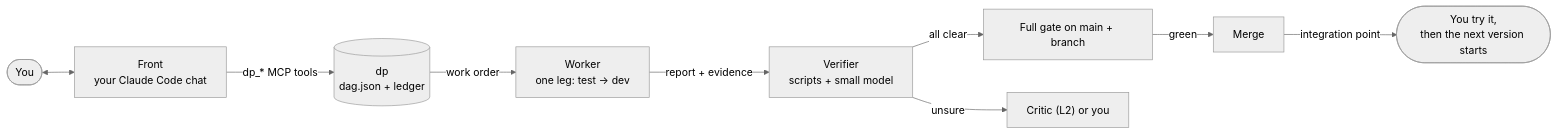
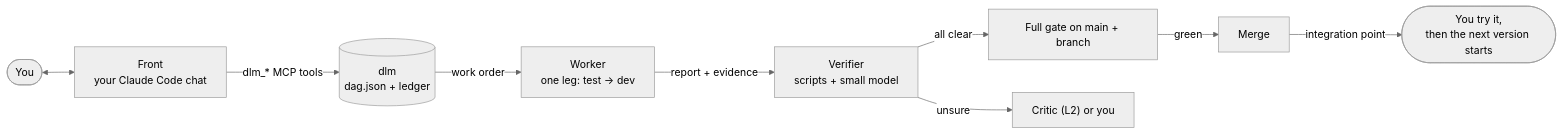
One commit to pollux0971/dev-loop-mcp changed the diagram in README.md. Above: the diagram before and after it, drawn with Mermaid (neutral theme). The commit also changed other lines of this file and 100 other files, not shown here.

````diff
--- a/README.md
+++ b/README.md
@@ -53,11 +54,11 @@
 ```mermaid
 flowchart LR
   you([You]) <--> front["Front<br/>your Claude Code chat"]
-  front -- "dp_* MCP tools" --> dp[("dp<br/>dag.json + ledger")]
-  dp -- "work order" --> w["Worker<br/>one leg: test → dev"]
+  front -- "dlm_* MCP tools" --> dlm[("dlm<br/>dag.json + ledger")]
+  dlm -- "work order" --> w["Worker<br/>one leg: test → dev"]
   w -- "report + evidence" --> v["Verifier<br/>scripts + small model"]
   v -- "all clear" --> g["Full gate on main + branch"]
   g -- "green" --> m["Merge"]
   v -- "unsure" --> c["Critic (L2) or you"]
   m -- "integration point" --> try(["You try it,<br/>then the next version starts"])
 ```
````
